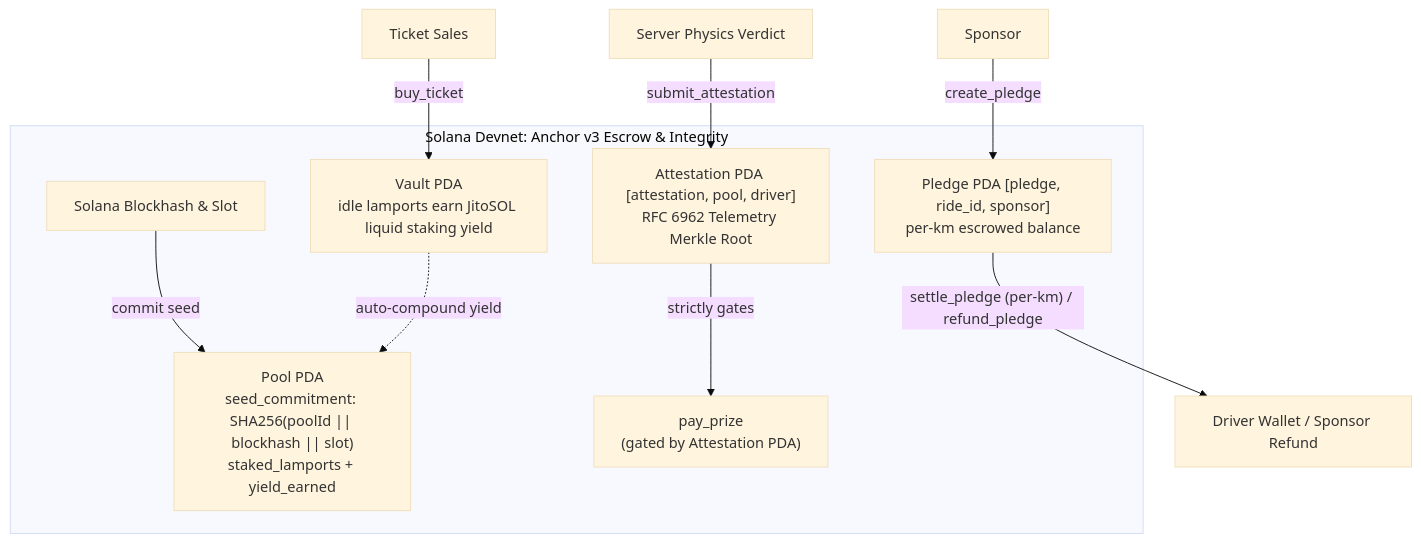
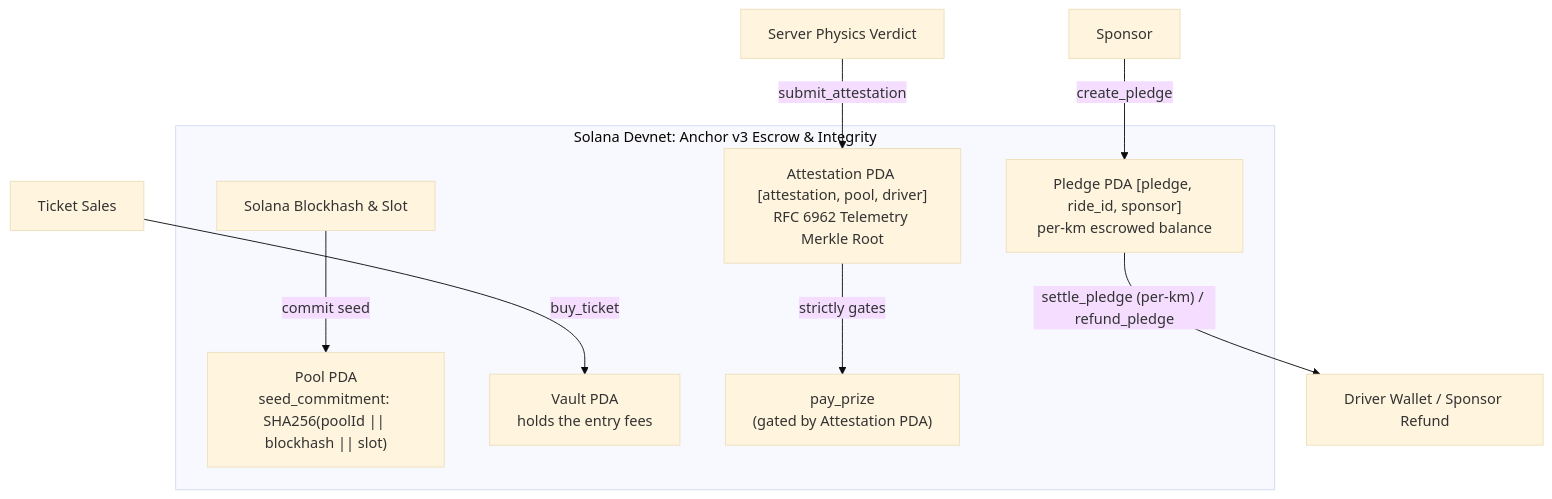
The third of 11 diagrams in README.md (recferret-bit/freightchain), drawn with Mermaid (base theme) before and after one commit. The commit also changed other lines of this file and 16 other files, not shown here.

First line of the commit message:
Drop the JitoSOL staking-yield claims: nothing stakes the vault

````diff
--- a/README.md
+++ b/README.md
@@ -228,18 +225,17 @@
 ```mermaid
 flowchart TB
   subgraph solana [Solana Devnet: Anchor v3 Escrow & Integrity]
     slot["Solana Blockhash & Slot"]
-    pool["Pool PDA<br/>seed_commitment: SHA256(poolId || blockhash || slot)<br/>staked_lamports + yield_earned"]
-    vault["Vault PDA<br/>idle lamports earn JitoSOL liquid staking yield"]
+    pool["Pool PDA<br/>seed_commitment: SHA256(poolId || blockhash || slot)"]
+    vault["Vault PDA<br/>holds the entry fees"]
     pledge["Pledge PDA [pledge, ride_id, sponsor]<br/>per-km escrowed balance"]
     attest["Attestation PDA [attestation, pool, driver]<br/>RFC 6962 Telemetry Merkle Root"]
     prize["pay_prize<br/>(gated by Attestation PDA)"]
   end
   slot -->|"commit seed"| pool
   tickets["Ticket Sales"] -->|"buy_ticket"| vault
-  vault -.->|"auto-compound yield"| pool
   sponsor["Sponsor"] -->|"create_pledge"| pledge
   judge["Server Physics Verdict"] -->|"submit_attestation"| attest
   attest -->|"strictly gates"| prize
   pledge -->|"settle_pledge (per-km) / refund_pledge"| driver["Driver Wallet / Sponsor Refund"]
 ```
````
